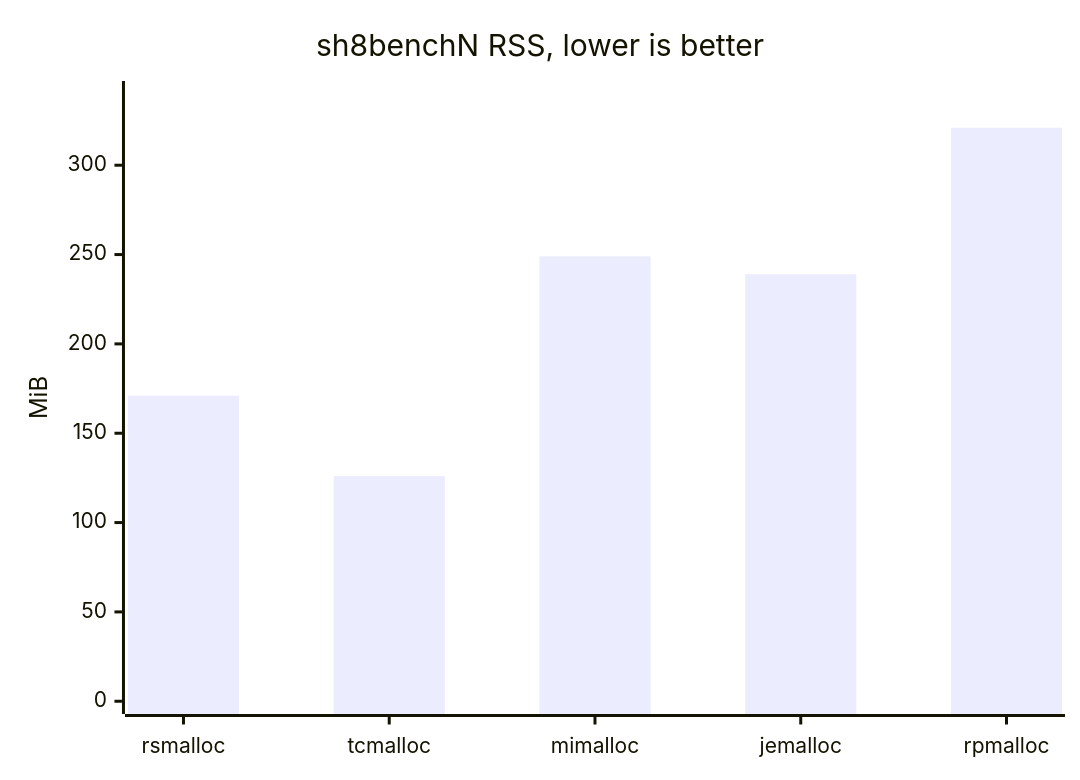
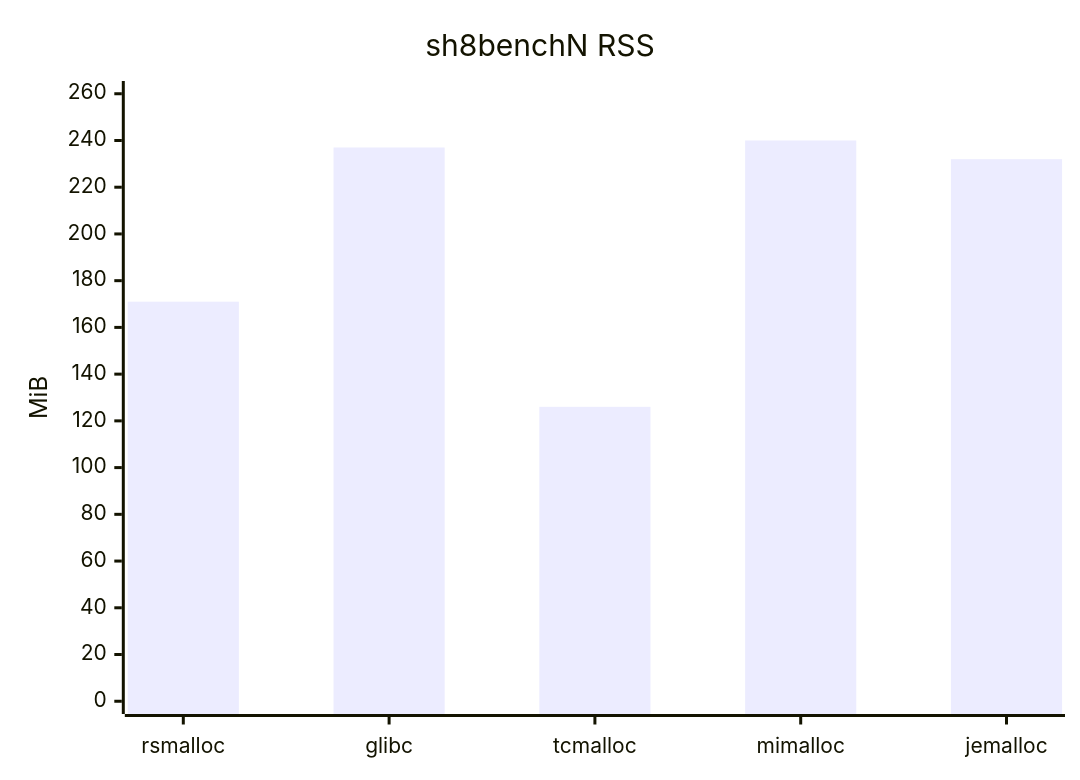
One commit to Metehan120/rsmalloc changed the eighth of 8 diagrams in benchmarks/benchmarks.md. Above: the diagram before and after it, drawn with Mermaid. The commit also changed other lines of this file and 13 other files, not shown here.

````diff
--- a/benchmarks/benchmarks.md
+++ b/benchmarks/benchmarks.md
@@ -172,7 +142,7 @@
 ```mermaid
 xychart-beta
-    title "sh8benchN RSS, lower is better"
-    x-axis [rsmalloc, tcmalloc, mimalloc, jemalloc, rpmalloc]
-    y-axis "MiB" 0 --> 340
-    bar [171, 126, 249, 239, 321]
+    title "sh8benchN RSS"
+    x-axis [rsmalloc, glibc, tcmalloc, mimalloc, jemalloc]
+    y-axis "MiB" 0 --> 260
+    bar [171, 237, 126, 240, 232]
 ```
````
